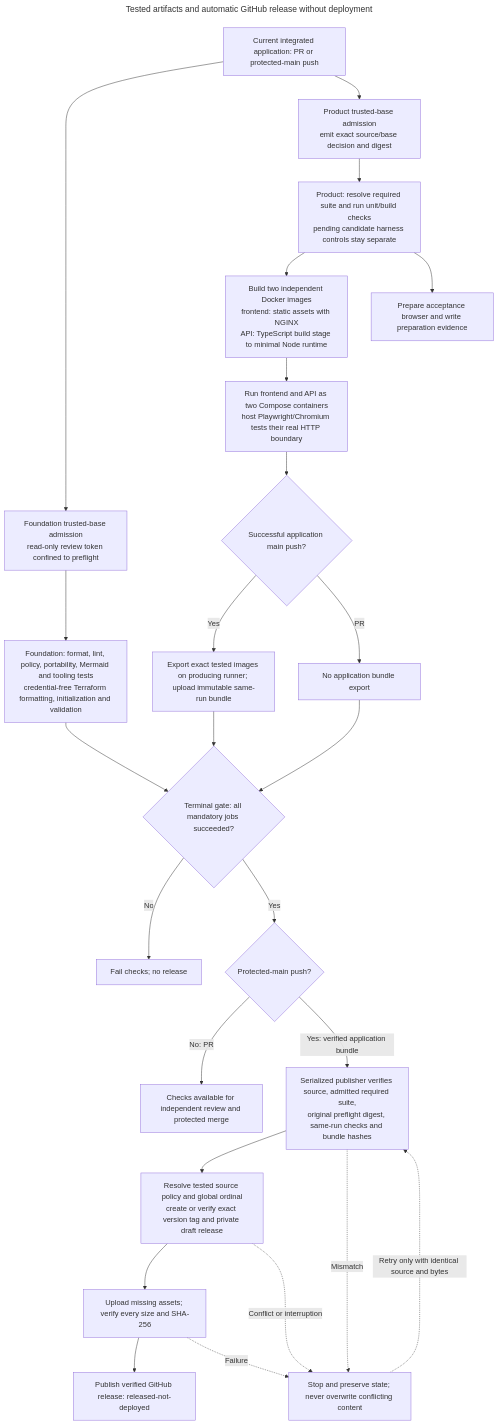
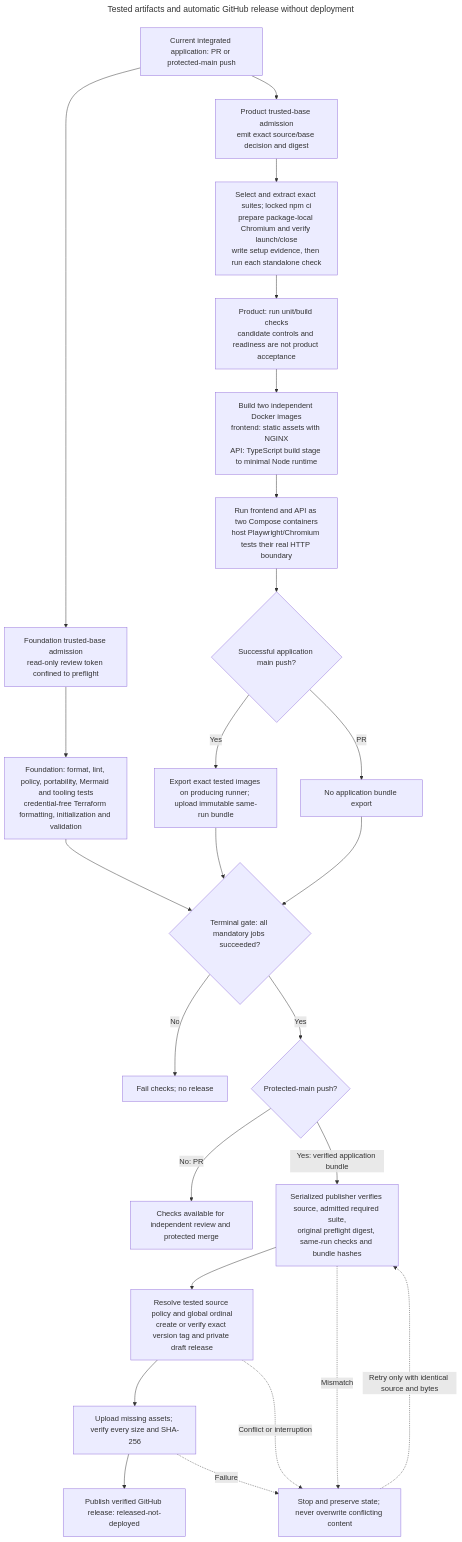
One commit to brobro10000/mp3-frame-counter changed the diagram in docs/architecture/diagrams/release.mmd. Above: the diagram before and after it, drawn with Mermaid. The commit also changed 1 other file, not shown here.

Commit message:
docs: show browser readiness before acceptance checks

```diff
--- a/docs/architecture/diagrams/release.mmd
+++ b/docs/architecture/diagrams/release.mmd
@@ -1,63 +1,67 @@
 ---
 title: Tested artifacts and automatic GitHub release without deployment
 query: >-
   Show the implemented CI and release-only flow. Distinguish PR validation from
   protected-main publication, parallel foundation/product checks from the
   terminal control-plane gate, and the same-run exact tested image export from
   publication. Include frozen baseline verification, complete acceptance,
   immutable artifact/provenance checks, version/tag identity, draft asset
   verification and safe identical retries. Do not add deployment, registry push,
   provider provisioning or production approval; those are absent from the
   current release implementation. For the current integrated application, show
   independent Docker image builds, the two running Compose containers and host
   acceptance processes, then export of those exact tested images. Images and
   archives are artifacts, not extra running services. Earlier source-only phases
   have a separate foundation-delivery path outside this view. Both validation
   jobs perform trusted-base acceptance admission before head-owned commands.
   Candidate harness checks remain separate from required product E2E; carry the
   preflight digest through the original same-run release bundle. Foundation
   includes credential-free Terraform formatting, initialization and validation;
   keep these checks inside its mandatory gate, with no cloud apply. Allocate the
   version from the exact tested source's committed release policy and global
   first-parent ordinal. Preserve legacy identities and schema-1 bytes; new
   policy-bound evidence uses schema 2. Compare stable latest versions
-  numerically.
+  numerically. Before each standalone suite check, show exact suite selection,
+  locked npm installation, package-local Chromium preparation and a bounded
+  launch/close probe. Keep candidate controls and preparation evidence separate
+  from required product acceptance.
 references:
   - 'File: /.github/workflows/ci.yml'
   - 'File: /scripts/run-ci-phase.mjs'
+  - 'File: /scripts/acceptance-browser-setup.mjs'
   - 'File: /scripts/acceptance-preflight.mjs'
   - 'File: /scripts/acceptance-runtime.mjs'
   - 'File: /scripts/ci-gate.mjs'
   - 'File: /scripts/publish-release-bundle.mjs'
   - 'File: /scripts/prepare-release.mjs'
   - 'File: /scripts/publish-release.mjs'
   - 'File: /scripts/publish-release-evidence.mjs'
   - 'File: /scripts/release-manifest.mjs'
   - 'File: /release-policy.json'
 generationTime: '2026-10-10T13:50:20.531Z'
 ---
 flowchart TD
     EVENT["Current integrated application: PR or protected-main push"] --> PREF["Foundation trusted-base admission<br/>read-only review token confined to preflight"]
     PREF --> F["Foundation: format, lint, policy, portability, Mermaid and tooling tests<br/>credential-free Terraform formatting, initialization and validation"]
     EVENT --> PREP["Product trusted-base admission<br/>emit exact source/base decision and digest"]
-    PREP --> P["Product: resolve required suite and run unit/build checks<br/>pending candidate harness controls stay separate"]
+    PREP --> SETUP["Select and extract exact suites; locked npm ci<br/>prepare package-local Chromium and verify launch/close<br/>write setup evidence, then run each standalone check"]
+    SETUP --> P["Product: run unit/build checks<br/>candidate controls and readiness are not product acceptance"]
     P --> BUILD["Build two independent Docker images<br/>frontend: static assets with NGINX<br/>API: TypeScript build stage to minimal Node runtime"]
     BUILD --> TEST["Run frontend and API as two Compose containers<br/>host Playwright/Chromium tests their real HTTP boundary"]
     TEST --> KIND{"Successful application main push?"}
     KIND -->|"Yes"| B["Export exact tested images on producing runner; upload immutable same-run bundle"]
     KIND -->|"PR"| RESULT["No application bundle export"]
     F --> G{"Terminal gate: all mandatory jobs succeeded?"}
     B --> G
     RESULT --> G
     G -->|"No"| STOP["Fail checks; no release"]
     G -->|"Yes"| MAIN{"Protected-main push?"}
     MAIN -->|"No: PR"| REVIEW["Checks available for independent review and protected merge"]
     MAIN -->|"Yes: verified application bundle"| VERIFY["Serialized publisher verifies source, admitted required suite,<br/>original preflight digest, same-run checks and bundle hashes"]
     VERIFY --> DRAFT["Resolve tested source policy and global ordinal<br/>create or verify exact version tag and private draft release"]
     DRAFT --> ASSETS["Upload missing assets; verify every size and SHA-256"]
     ASSETS --> RELEASE["Publish verified GitHub release: released-not-deployed"]
     VERIFY -.->|"Mismatch"| FAIL["Stop and preserve state; never overwrite conflicting content"]
     DRAFT -.->|"Conflict or interruption"| FAIL
     ASSETS -.->|"Failure"| FAIL
     FAIL -.->|"Retry only with identical source and bytes"| VERIFY
-    P --> PREPARE["Prepare acceptance browser and write preparation evidence"]
```
